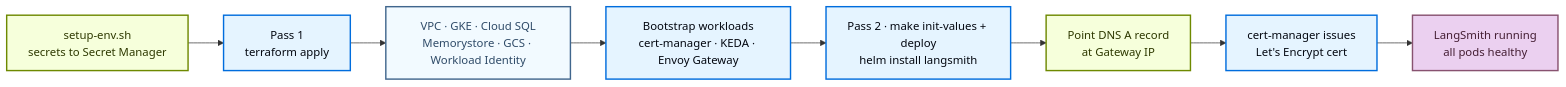
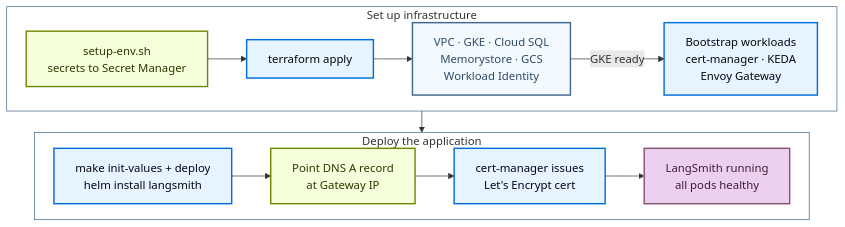
The diagram in src/langsmith/self-host-terraform-gcp-deploy.mdx (langchain-ai/docs), drawn with Mermaid before and after one commit. The commit also changed other lines of this file and 4 other files, not shown here.

First line of the commit message:
docs(self-hosted): redesign Terraform deploy diagrams, fix prose

````diff
--- a/src/langsmith/self-host-terraform-gcp-deploy.mdx
+++ b/src/langsmith/self-host-terraform-gcp-deploy.mdx
@@ -11,23 +11,34 @@
 ```mermaid actions={false}
-graph LR
-    Start["setup-env.sh<br/>secrets to Secret Manager"]
-    TF["Pass 1<br/>terraform apply"]
-    Infra["VPC · GKE · Cloud SQL<br/>Memorystore · GCS · Workload Identity"]
-    Bootstrap["Bootstrap workloads<br/>cert-manager · KEDA · Envoy Gateway"]
-    Deploy["Pass 2 · make init-values + deploy<br/>helm install langsmith"]
-    DNS["Point DNS A record<br/>at Gateway IP"]
-    Cert["cert-manager issues<br/>Let's Encrypt cert"]
-    Running["LangSmith running<br/>all pods healthy"]
-
-    Start --> TF --> Infra --> Bootstrap --> Deploy --> DNS --> Cert --> Running
+%%{init: {'flowchart': {'nodeSpacing': 25, 'rankSpacing': 30}}}%%
+graph TB
+    subgraph stage1["Set up infrastructure"]
+        direction LR
+        Start["setup-env.sh<br/>secrets to Secret Manager"]
+        TF["terraform apply"]
+        Infra["VPC · GKE · Cloud SQL<br/>Memorystore · GCS<br/>Workload Identity"]
+        Bootstrap["Bootstrap workloads<br/>cert-manager · KEDA<br/>Envoy Gateway"]
+        Start --> TF --> Infra -->|GKE ready| Bootstrap
+    end
+    subgraph stage2["Deploy the application"]
+        direction LR
+        Deploy["make init-values + deploy<br/>helm install langsmith"]
+        DNS["Point DNS A record<br/>at Gateway IP"]
+        Cert["cert-manager issues<br/>Let's Encrypt cert"]
+        Running["LangSmith running<br/>all pods healthy"]
+        Deploy --> DNS --> Cert --> Running
+    end
+    stage1 --> stage2
 
     classDef trigger fill:#F6FFDB,stroke:#6E8900,stroke-width:2px,color:#2E3900
     classDef process fill:#E5F4FF,stroke:#006DDD,stroke-width:2px,color:#030710
     classDef neutral fill:#F2FAFF,stroke:#40668D,stroke-width:2px,color:#2F4B68
     classDef output fill:#EBD0F0,stroke:#885270,stroke-width:2px,color:#441E33
 
     class Start,DNS trigger
     class TF,Bootstrap,Deploy,Cert process
     class Infra neutral
     class Running output
+
+    style stage1 fill:none,stroke:#40668D,stroke-width:1px
+    style stage2 fill:none,stroke:#40668D,stroke-width:1px
 ```
````
